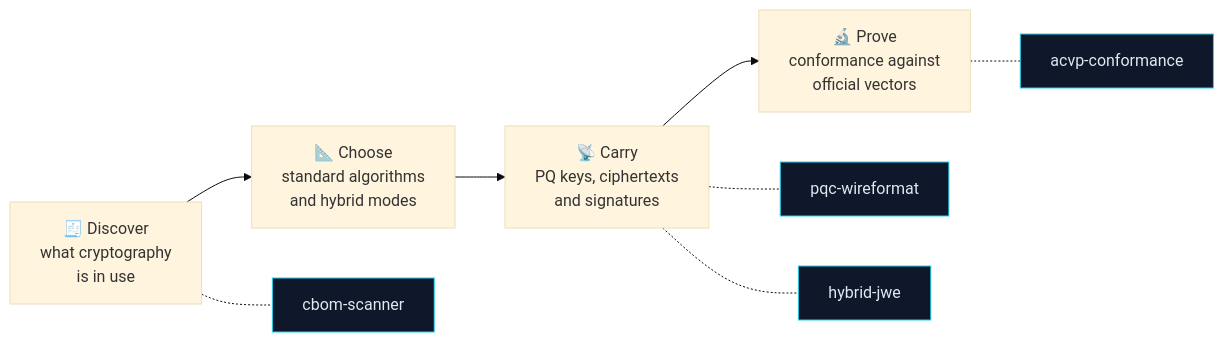
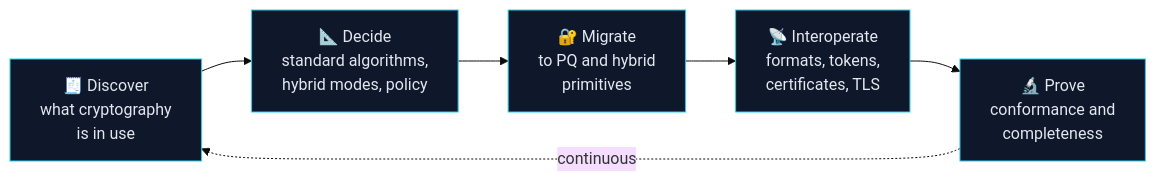
Before and after one commit to PQBlocks/.github: the diagram in profile/README.md, drawn with Mermaid (base theme). The commit also changed other lines of this file, not shown here.

````diff
--- a/profile/README.md
+++ b/profile/README.md
@@ -126,12 +105,10 @@
 ```mermaid
 flowchart LR
-    A["🧾 Discover<br/>what cryptography<br/>is in use"] --> B["📐 Choose<br/>standard algorithms<br/>and hybrid modes"]
-    B --> C["📡 Carry<br/>PQ keys, ciphertexts<br/>and signatures"]
-    C --> D["🔬 Prove<br/>conformance against<br/>official vectors"]
-    A -.- S["cbom-scanner"]
-    C -.- W["pqc-wireformat"]
-    C -.- J["hybrid-jwe"]
-    D -.- V["acvp-conformance"]
-    classDef pkg fill:#0f172a,stroke:#22d3ee,color:#e2e8f0;
-    class S,W,J,V pkg;
+    A["🧾 Discover<br/>what cryptography<br/>is in use"] --> B["📐 Decide<br/>standard algorithms,<br/>hybrid modes, policy"]
+    B --> C["🔐 Migrate<br/>to PQ and hybrid<br/>primitives"]
+    C --> D["📡 Interoperate<br/>formats, tokens,<br/>certificates, TLS"]
+    D --> E["🔬 Prove<br/>conformance and<br/>completeness"]
+    E -.->|continuous| A
+    classDef stage fill:#0f172a,stroke:#22d3ee,color:#e2e8f0;
+    class A,B,C,D,E stage;
 ```
````
